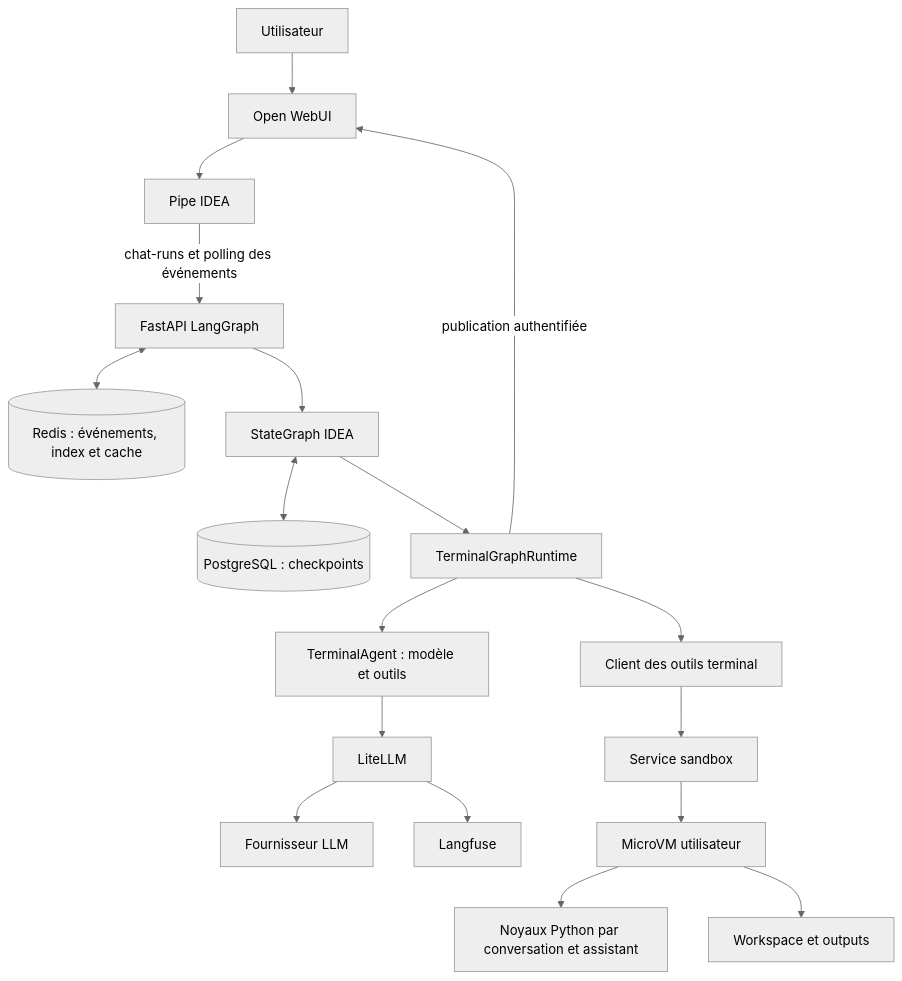
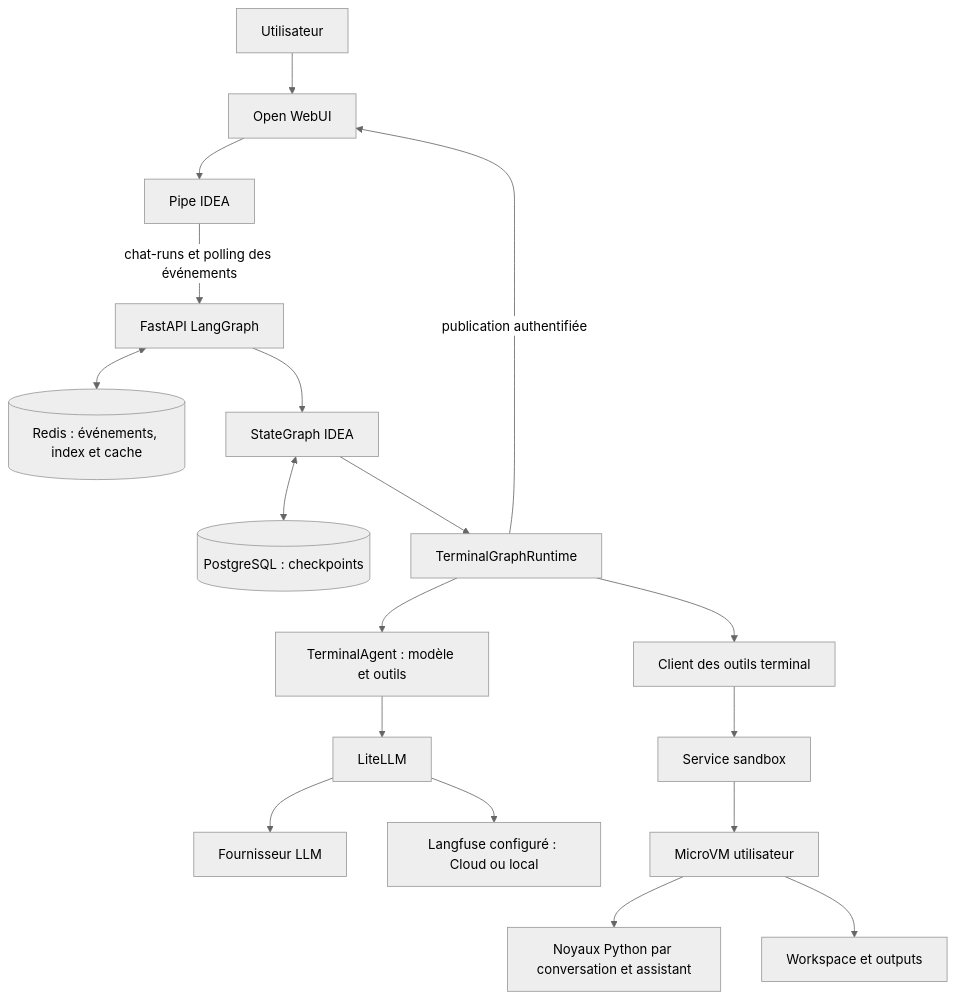
One commit to TidianeCisse777/IDEA changed the first of 2 diagrams in ARCHITECTURE.md. Above: the diagram before and after it, drawn with Mermaid (neutral theme). The commit also changed other lines of this file and 4 other files, not shown here.

````diff
--- a/ARCHITECTURE.md
+++ b/ARCHITECTURE.md
@@ -30,20 +30,20 @@
 ```mermaid
 flowchart TD
     User[Utilisateur] --> OW[Open WebUI]
     OW --> Pipe[Pipe IDEA]
     Pipe -->|chat-runs et polling des événements| API[FastAPI LangGraph]
     API <--> Redis[(Redis : événements, index et cache)]
     API --> Graph[StateGraph IDEA]
     Graph <--> PG[(PostgreSQL : checkpoints)]
     Graph --> Runtime[TerminalGraphRuntime]
     Runtime --> Agent[TerminalAgent : modèle et outils]
     Agent --> Proxy[LiteLLM]
     Proxy --> Provider[Fournisseur LLM]
-    Proxy --> LF[Langfuse]
+    Proxy --> LF[Langfuse configuré : Cloud ou local]
     Runtime --> HTTP[Client des outils terminal]
     HTTP --> Sandbox[Service sandbox]
     Sandbox --> VM[MicroVM utilisateur]
     VM --> Kernel[Noyaux Python par conversation et assistant]
     VM --> Files[Workspace et outputs]
     Runtime -->|publication authentifiée| OW
 ```
````
